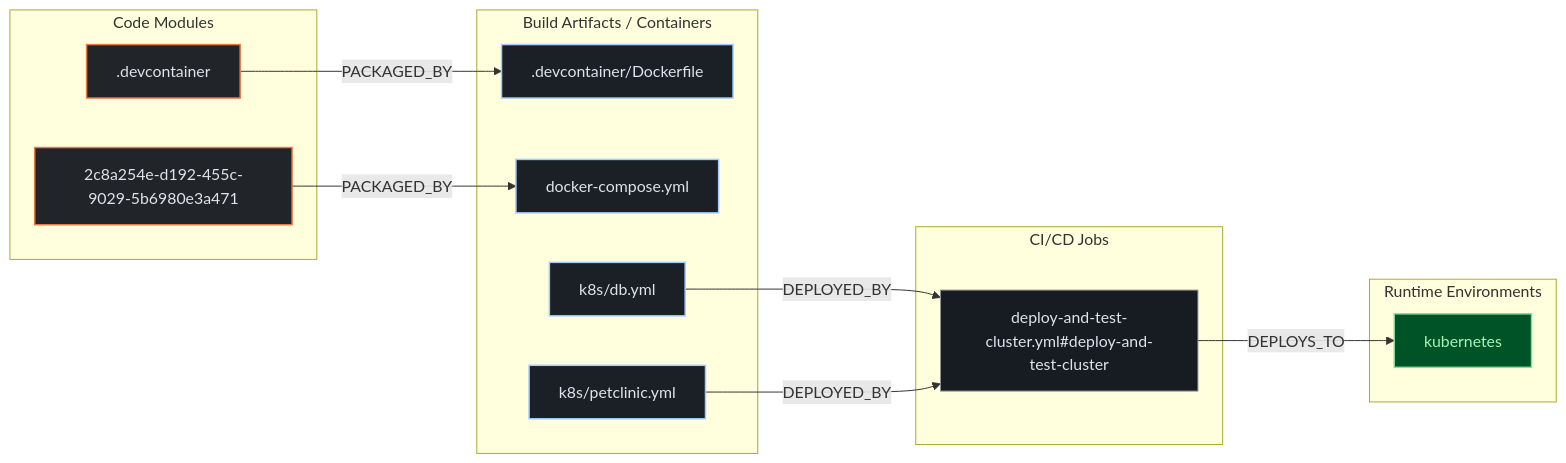
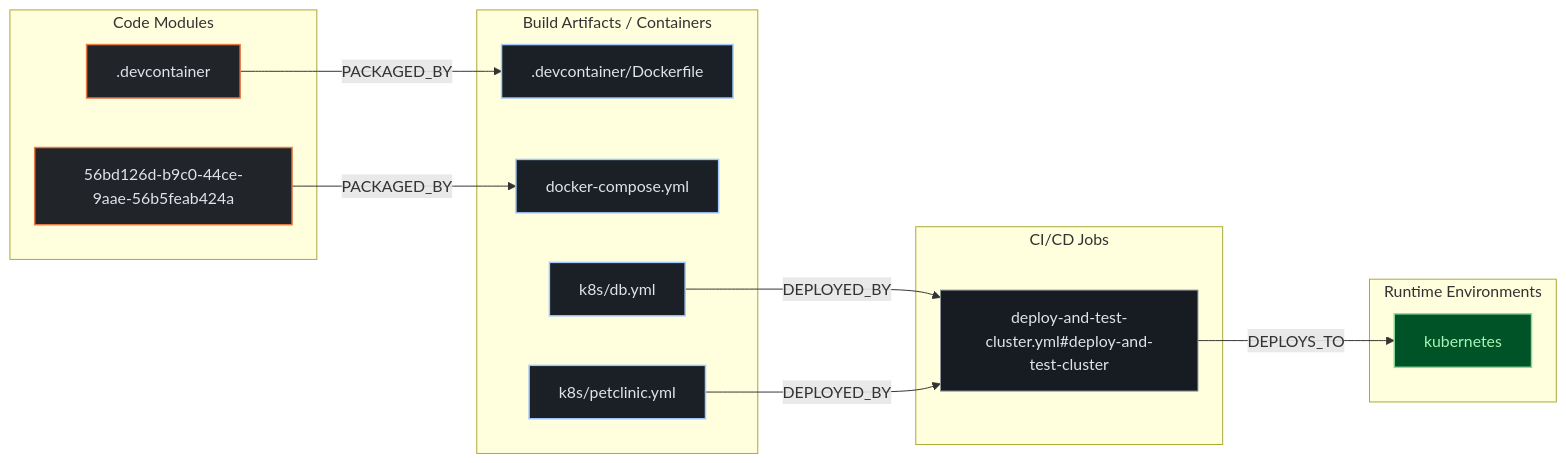
Before and after one commit to kumarshaz/atruss-code-atlas: the second of 3 diagrams in exports/latest/reports/spring-projects-spring-petclinic-report.md, drawn with Mermaid. The commit also changed other lines of this file and 33 other files, not shown here.

````diff
--- a/exports/latest/reports/spring-projects-spring-petclinic-report.md
+++ b/exports/latest/reports/spring-projects-spring-petclinic-report.md
@@ -210,29 +210,29 @@
 ```mermaid
 flowchart LR
     %% title: Code-to-Cloud Deployment Traceability
     classDef atlasCategory fill:#212428,stroke:#E87A48,stroke-width:1.5px,color:#dfe3eb
     classDef atlasWorkflow fill:#1b2026,stroke:#a3c9ff,stroke-width:1.5px,color:#dfe3eb
     classDef atlasJob fill:#171c22,stroke:#8d9199,stroke-width:1px,color:#dfe3eb
     classDef atlasTarget fill:#005227,stroke:#8bd99b,stroke-width:1.5px,color:#a7f6b6
     subgraph code_modules["Code Modules"]
         mod__devcontainer[".devcontainer"]:::atlasCategory
-        mod_2c8a254e_d192_455c_9029_5b6980e3a471["2c8a254e-d192-455c-9029-5b6980e3a471"]:::atlasCategory
+        mod_56bd126d_b9c0_44ce_9aae_56b5feab424a["56bd126d-b9c0-44ce-9aae-56b5feab424a"]:::atlasCategory
     end
     subgraph build_artifacts["Build Artifacts / Containers"]
         art__devcontainer_Dockerfile[".devcontainer/Dockerfile"]:::atlasWorkflow
         art_docker_compose_yml["docker-compose.yml"]:::atlasWorkflow
         art_k8s_db_yml["k8s/db.yml"]:::atlasWorkflow
         art_k8s_petclinic_yml["k8s/petclinic.yml"]:::atlasWorkflow
     end
     subgraph ci_jobs["CI/CD Jobs"]
         job_deploy_and_test_cluster_yml_deploy_and_test_cluster["deploy-and-test-cluster.yml#deploy-and-test-cluster"]:::atlasJob
     end
     subgraph runtime_envs["Runtime Environments"]
         env_kubernetes["kubernetes"]:::atlasTarget
     end
     job_deploy_and_test_cluster_yml_deploy_and_test_cluster -->|DEPLOYS_TO| env_kubernetes
     mod__devcontainer -->|PACKAGED_BY| art__devcontainer_Dockerfile
-    mod_2c8a254e_d192_455c_9029_5b6980e3a471 -->|PACKAGED_BY| art_docker_compose_yml
+    mod_56bd126d_b9c0_44ce_9aae_56b5feab424a -->|PACKAGED_BY| art_docker_compose_yml
     art_k8s_db_yml -->|DEPLOYED_BY| job_deploy_and_test_cluster_yml_deploy_and_test_cluster
     art_k8s_petclinic_yml -->|DEPLOYED_BY| job_deploy_and_test_cluster_yml_deploy_and_test_cluster
 ```
````
